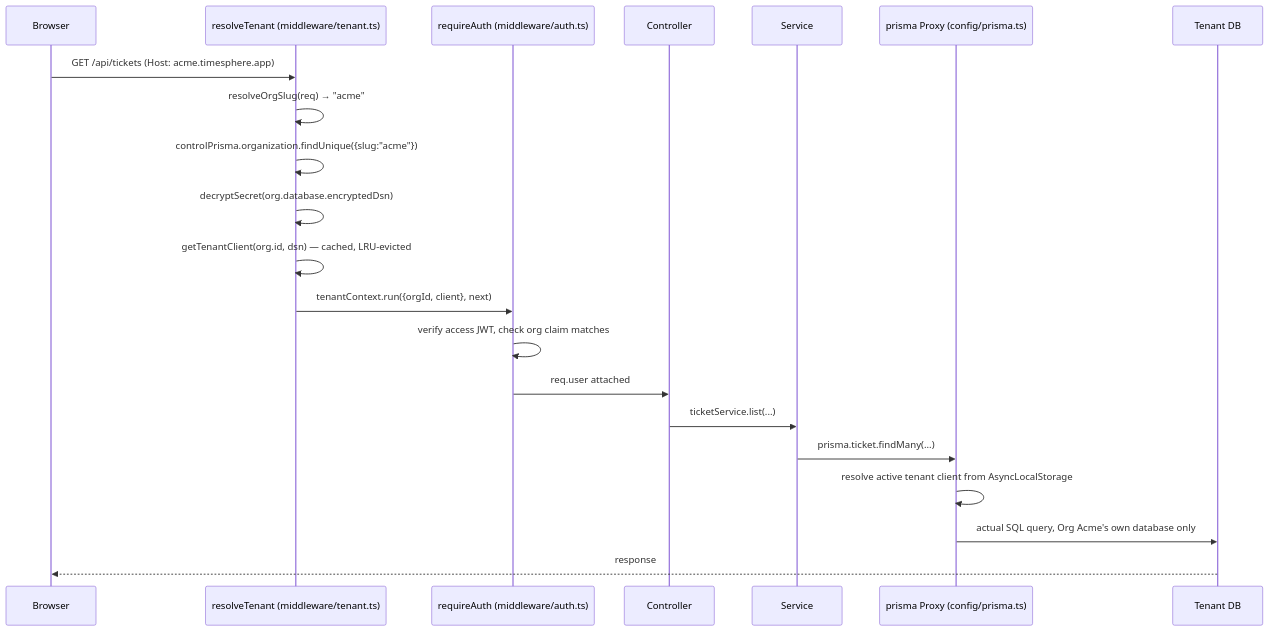
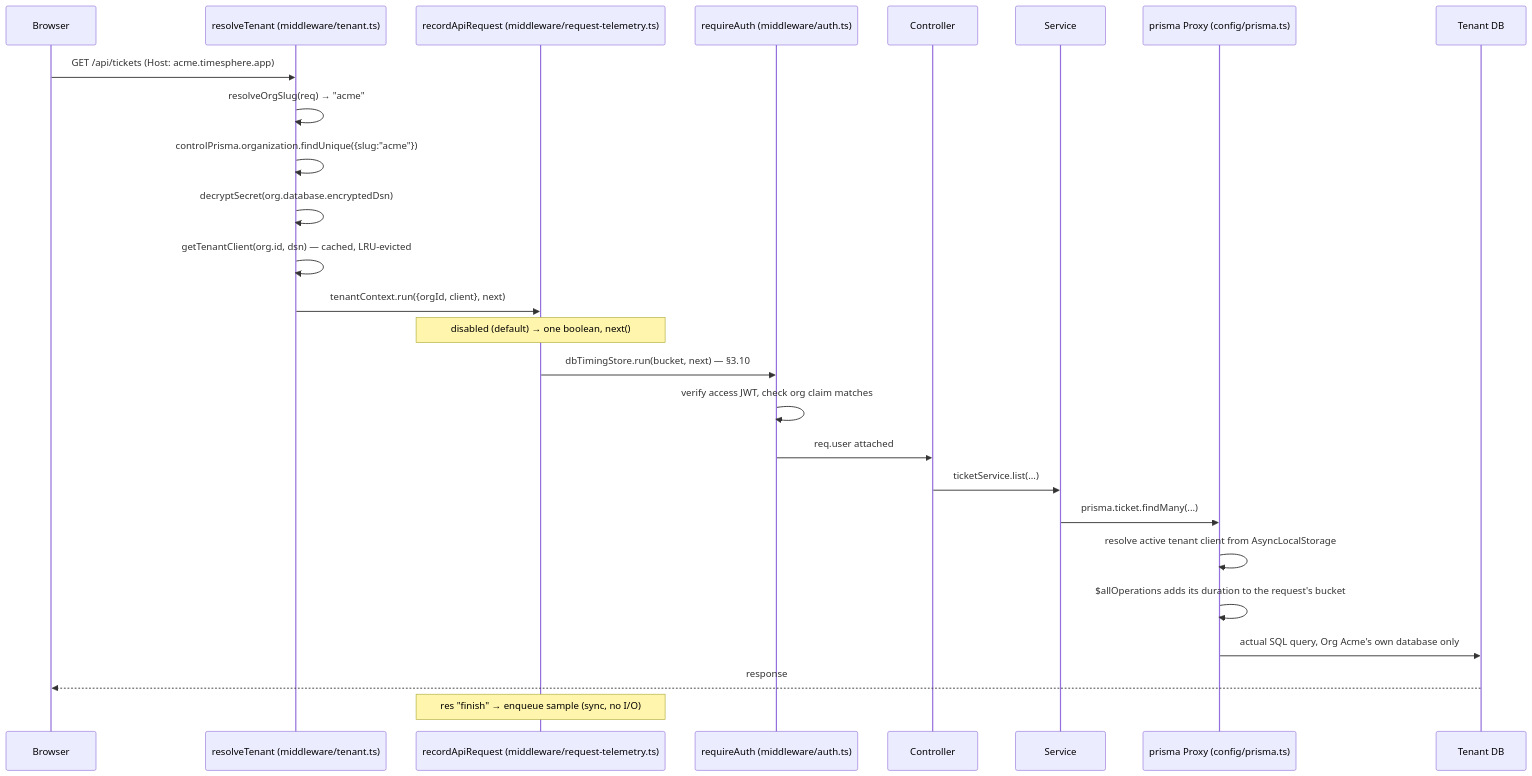
One commit to adityapuppala1/TimeSheet changed the second of 6 diagrams in docs/ARCHITECTURE.md. Above: the diagram before and after it, drawn with Mermaid. The commit also changed other lines of this file and 61 other files, not shown here.

````diff
--- a/docs/ARCHITECTURE.md
+++ b/docs/ARCHITECTURE.md
@@ -425,24 +464,29 @@
 ```mermaid
 sequenceDiagram
     participant B as Browser
     participant MW as resolveTenant (middleware/tenant.ts)
+    participant T as recordApiRequest (middleware/request-telemetry.ts)
     participant Auth as requireAuth (middleware/auth.ts)
     participant C as Controller
     participant S as Service
     participant P as prisma Proxy (config/prisma.ts)
     participant DB as Tenant DB
 
     B->>MW: GET /api/tickets (Host: acme.timesphere.app)
     MW->>MW: resolveOrgSlug(req) → "acme"
     MW->>MW: controlPrisma.organization.findUnique({slug:"acme"})
     MW->>MW: decryptSecret(org.database.encryptedDsn)
     MW->>MW: getTenantClient(org.id, dsn) — cached, LRU-evicted
-    MW->>Auth: tenantContext.run({orgId, client}, next)
+    MW->>T: tenantContext.run({orgId, client}, next)
+    Note over T: disabled (default) → one boolean, next()
+    T->>Auth: dbTimingStore.run(bucket, next) — §3.10
     Auth->>Auth: verify access JWT, check org claim matches
     Auth->>C: req.user attached
     C->>S: ticketService.list(...)
     S->>P: prisma.ticket.findMany(...)
     P->>P: resolve active tenant client from AsyncLocalStorage
+    P->>P: $allOperations adds its duration to the request's bucket
     P->>DB: actual SQL query, Org Acme's own database only
     DB-->>B: response
+    Note over T: res "finish" → enqueue sample (sync, no I/O)
 ```
````
